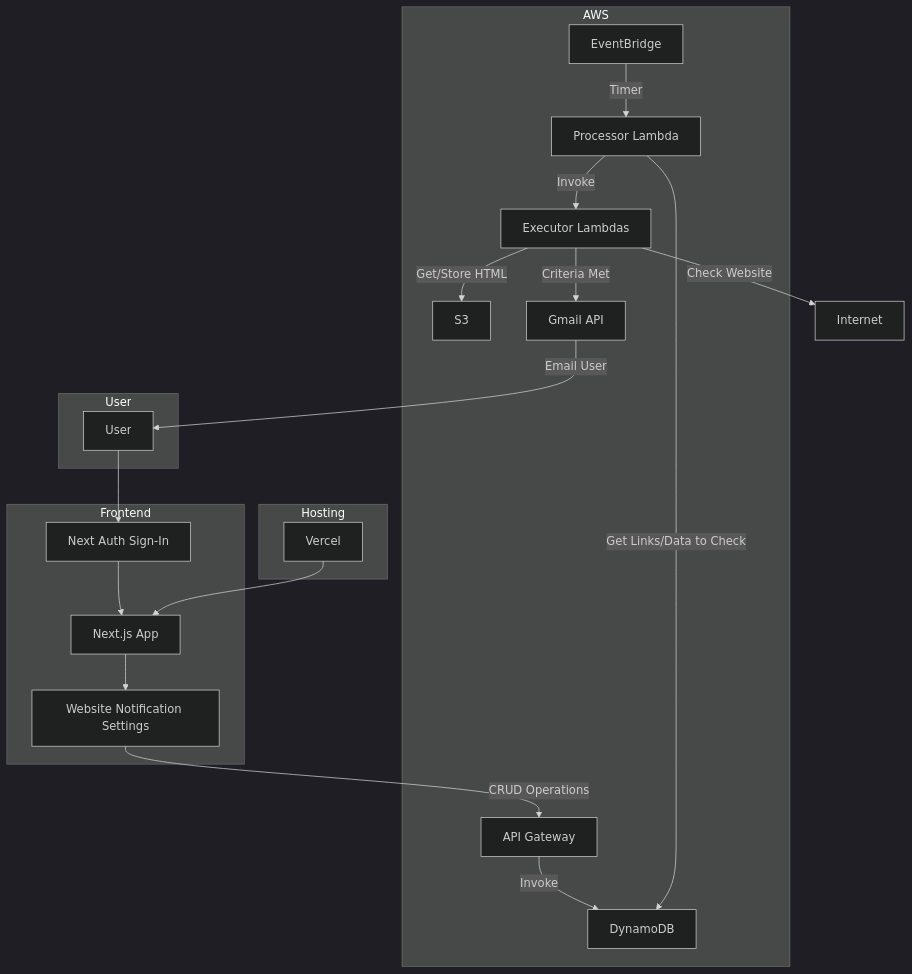
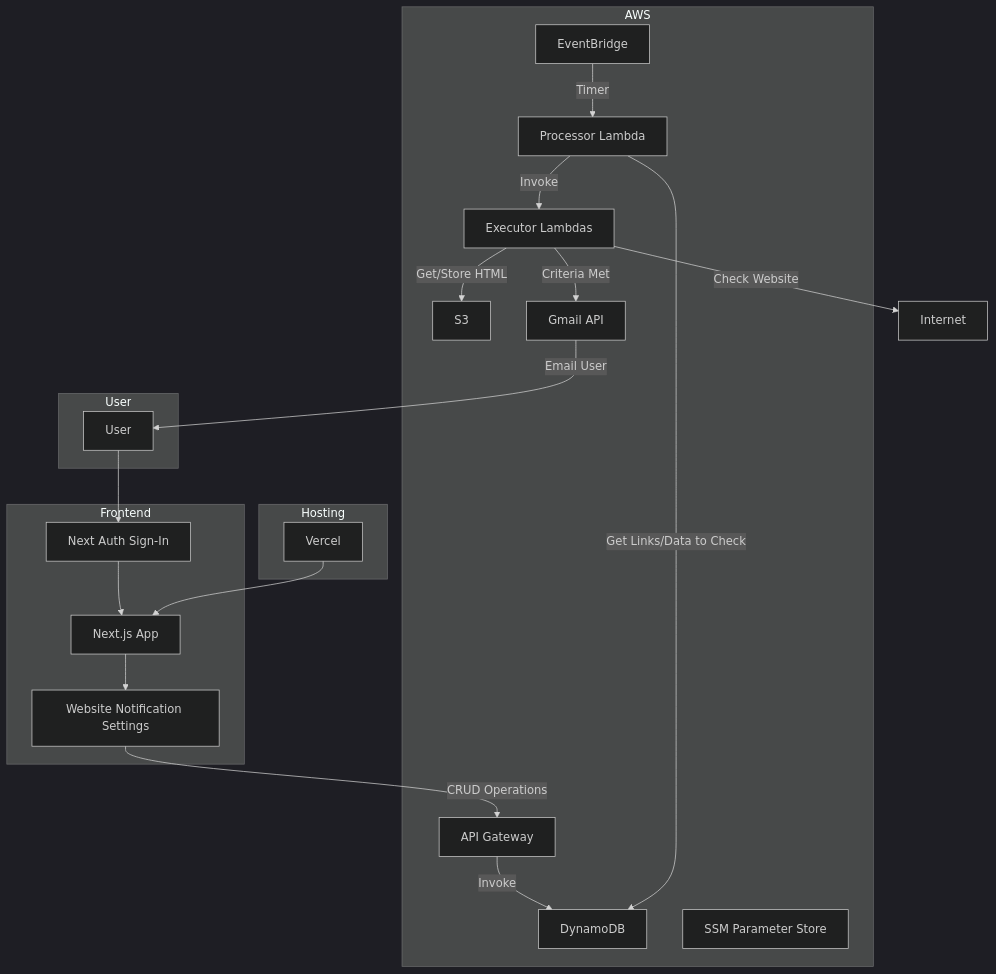
The diagram in README.md (cameronmcginley/sitewatch), drawn with Mermaid (dark theme) before and after one commit. The commit also changed other lines of this file and 11 other files, not shown here.

````diff
--- a/README.md
+++ b/README.md
@@ -97,40 +101,41 @@
 ```mermaid
 graph TD
     subgraph User
         U1[User]
     end
 
     subgraph Frontend
         A[Next.js App]
             A1[Next Auth Sign-In]
             A2[Website Notification Settings]
     end
 
     subgraph AWS
         B[DynamoDB]
         C[S3]
         F[Processor Lambda]
         E[Executor Lambdas]
         J[EventBridge]
         I[Gmail API]
         APIGW[API Gateway]
+        SSM[SSM Parameter Store]
     end
 
     subgraph Hosting
         G[Vercel]
     end
 
     U1 --> A1
     A --> A2
     A1 --> A
     A2 -->|CRUD Operations| APIGW
     APIGW -->|Invoke| B
     F -->|Get Links/Data to Check| B
     F -->|Invoke| E
     E -->|Check Website| Internet
     E -->|Get/Store HTML| C
     E -->|Criteria Met| I
     I -->|Email User| U1
     G --> A
     J -->|Timer| F
 ```
````
